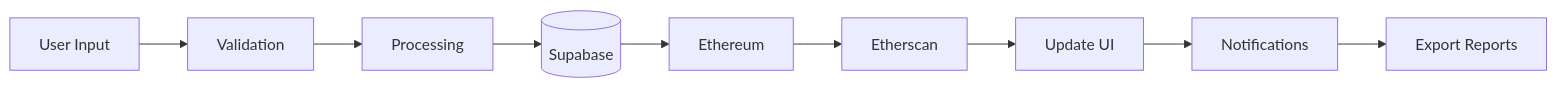
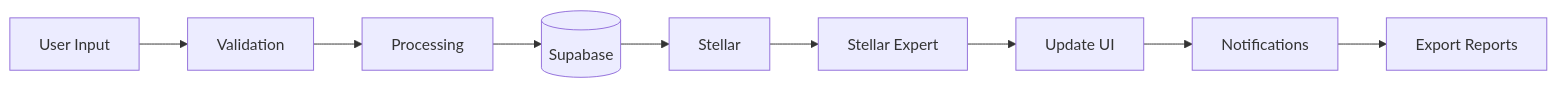
One commit to AmaanSayyad/Gemetra-Stellar changed the tenth of 10 diagrams in README.md. Above: the diagram before and after it, drawn with Mermaid. The commit also changed other lines of this file and 57 other files, not shown here.

````diff
--- a/README.md
+++ b/README.md
@@ -634,11 +640,11 @@
 ```mermaid
 flowchart LR
     INPUT[User Input] --> VALIDATE[Validation]
     VALIDATE --> PROCESS[Processing]
     PROCESS --> STORE[(Supabase)]
-    STORE --> BLOCKCHAIN[Ethereum]
-    BLOCKCHAIN --> VERIFY[Etherscan]
+    STORE --> BLOCKCHAIN[Stellar]
+    BLOCKCHAIN --> VERIFY[Stellar Expert]
     VERIFY --> UPDATE[Update UI]
     UPDATE --> NOTIFY[Notifications]
     NOTIFY --> EXPORT[Export Reports]
 ```
````
